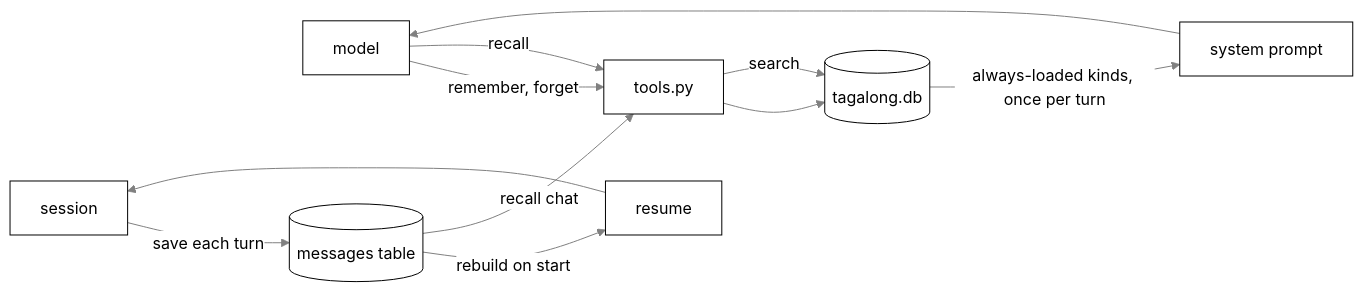
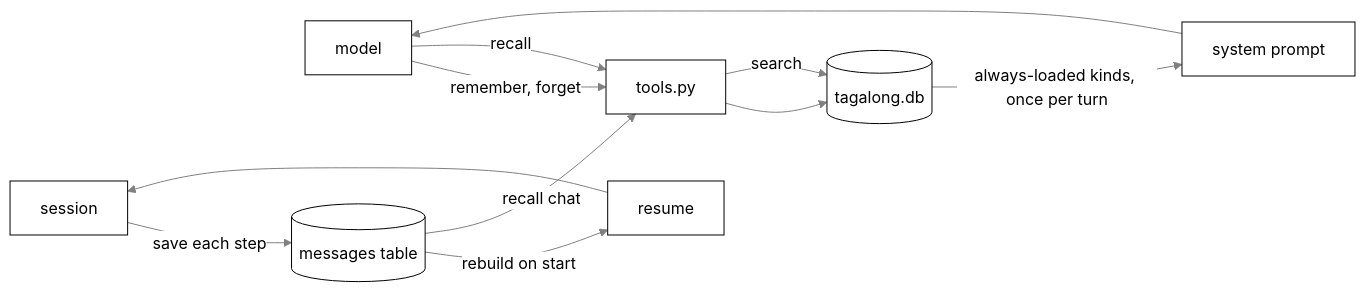
The diagram in docs/memory.md (nadeem4/tagalong), drawn with Mermaid before and after one commit. The commit also changed other lines of this file and 51 other files, not shown here.

First line of the commit message:
feat(brain): retry failed turns and save history each step (T1d) (#412)

````diff
--- a/docs/memory.md
+++ b/docs/memory.md
@@ -146,14 +152,14 @@
 ```mermaid
 %%{init: {"theme": "base", "themeVariables": {"primaryColor": "#ffffff", "primaryTextColor": "#000000", "primaryBorderColor": "#000000", "lineColor": "#808080", "arrowheadColor": "#808080", "secondaryColor": "#f2f2f2", "tertiaryColor": "#ffffff", "clusterBkg": "#f7f7f7", "clusterBorder": "#808080", "edgeLabelBackground": "#ffffff", "titleColor": "#808080", "actorBkg": "#ffffff", "actorBorder": "#000000", "actorTextColor": "#000000", "actorLineColor": "#808080", "signalColor": "#808080", "signalTextColor": "#808080", "sequenceNumberColor": "#ffffff", "labelBoxBkgColor": "#ffffff", "labelBoxBorderColor": "#808080", "labelTextColor": "#000000", "loopTextColor": "#808080", "noteBkgColor": "#f7f7f7", "noteBorderColor": "#808080", "noteTextColor": "#000000", "activationBkgColor": "#f7f7f7", "activationBorderColor": "#808080", "fontFamily": "Segoe UI, Helvetica, Arial, sans-serif"}}}%%
 flowchart LR
     M[model] -->|remember, forget| T[tools.py]
     T --> S[(tagalong.db)]
     S -->|always-loaded kinds, once per turn| P[system prompt]
     P --> M
     M -->|recall| T
     T -->|search| S
-    SE[session] -->|save each turn| MS[(messages table)]
+    SE[session] -->|save each step| MS[(messages table)]
     MS -->|rebuild on start| R[resume]
     R --> SE
     MS -->|recall chat| T
 ```
````
